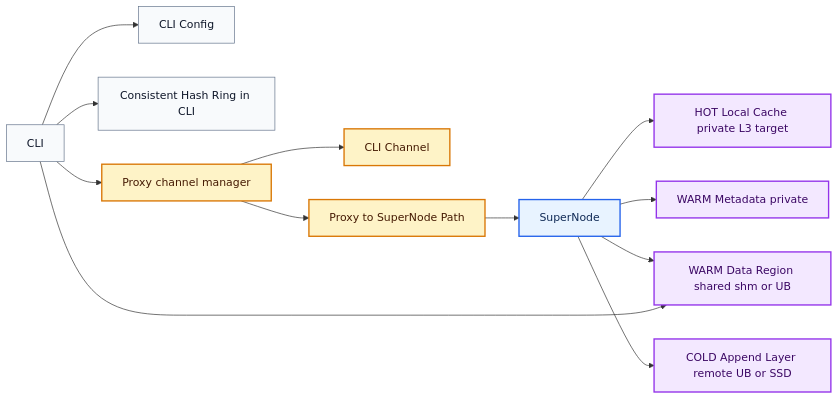
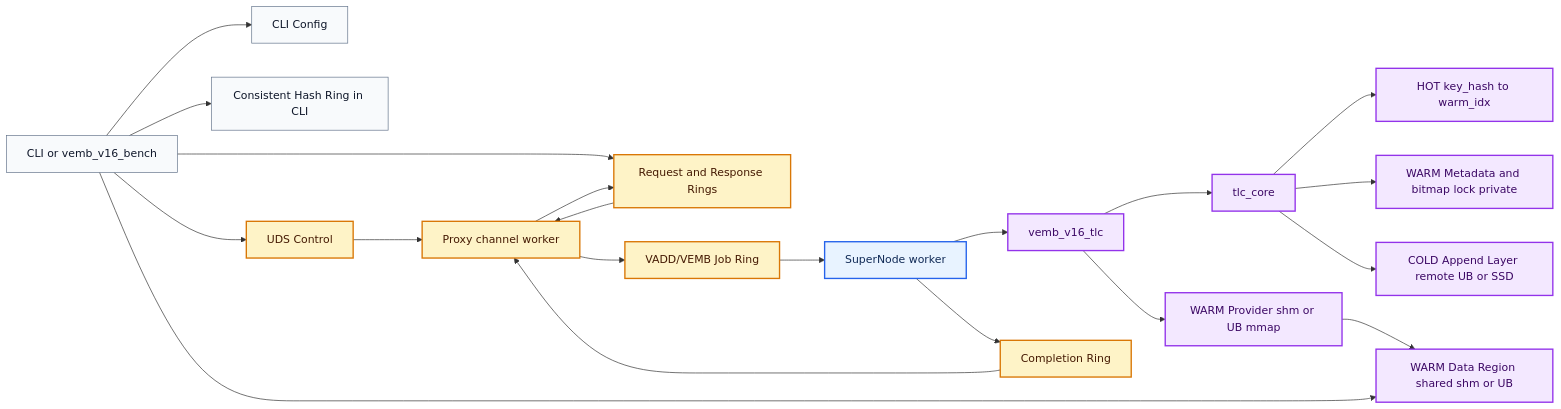
The first of 6 diagrams in docs/VEMB_V16_TLC_UB_SHARED_DATA_MODEL.md (jialiuyu/redis), drawn with Mermaid before and after one commit. The commit also changed other lines of this file and 21 other files, not shown here.

Commit message:
feat: integrate vemb v16 tlc

````diff
--- a/docs/VEMB_V16_TLC_UB_SHARED_DATA_MODEL.md
+++ b/docs/VEMB_V16_TLC_UB_SHARED_DATA_MODEL.md
@@ -28,36 +28,49 @@
 ```mermaid
 flowchart LR
-    CLI[CLI]
+    CLI[CLI or vemb_v16_bench]
     CFG[CLI Config]
     HR[Consistent Hash Ring in CLI]
-    P[Proxy channel manager]
-    CCH[CLI Channel]
-    SCH[Proxy to SuperNode Path]
-    SN[SuperNode]
-    HOT[HOT Local Cache private L3 target]
-    WMETA[WARM Metadata private]
+    CTRL[UDS Control]
+    CCH[Request and Response Rings]
+    P[Proxy channel worker]
+    JOB[VADD/VEMB Job Ring]
+    SN[SuperNode worker]
+    TLC[vemb_v16_tlc]
+    CORE[tlc_core]
+    HOT[HOT key_hash to warm_idx]
+    WMETA[WARM Metadata and bitmap lock private]
+    WP[WARM Provider shm or UB mmap]
     WDATA[WARM Data Region shared shm or UB]
     COLD[COLD Append Layer remote UB or SSD]
+    COMP[Completion Ring]
 
     CLI --> CFG
     CLI --> HR
-    CLI --> P
+    CLI --> CTRL
+    CTRL --> P
+    CLI --> CCH
+    CCH --> P
+    P --> JOB
+    JOB --> SN
+    SN --> TLC
+    TLC --> CORE
+    CORE --> HOT
+    CORE --> WMETA
+    TLC --> WP
+    WP --> WDATA
+    CORE --> COLD
+    SN --> COMP
+    COMP --> P
     P --> CCH
-    P --> SCH
-    SCH --> SN
-    SN --> HOT
-    SN --> WMETA
-    SN --> WDATA
-    SN --> COLD
     CLI --> WDATA
 
     classDef client fill:#f8fafc,stroke:#64748b,stroke-width:1px,color:#0f172a
     classDef proxy fill:#fef3c7,stroke:#d97706,stroke-width:2px,color:#451a03
     classDef supernode fill:#e8f3ff,stroke:#2563eb,stroke-width:2px,color:#102a56
     classDef tlc fill:#f3e8ff,stroke:#9333ea,stroke-width:2px,color:#3b0764
 
     class CLI,CFG,HR client
-    class P,CCH,SCH proxy
+    class P,CCH,CTRL,JOB,COMP proxy
     class SN supernode
-    class HOT,WMETA,WDATA,COLD tlc
+    class TLC,CORE,HOT,WMETA,WP,WDATA,COLD tlc
 ```
````
